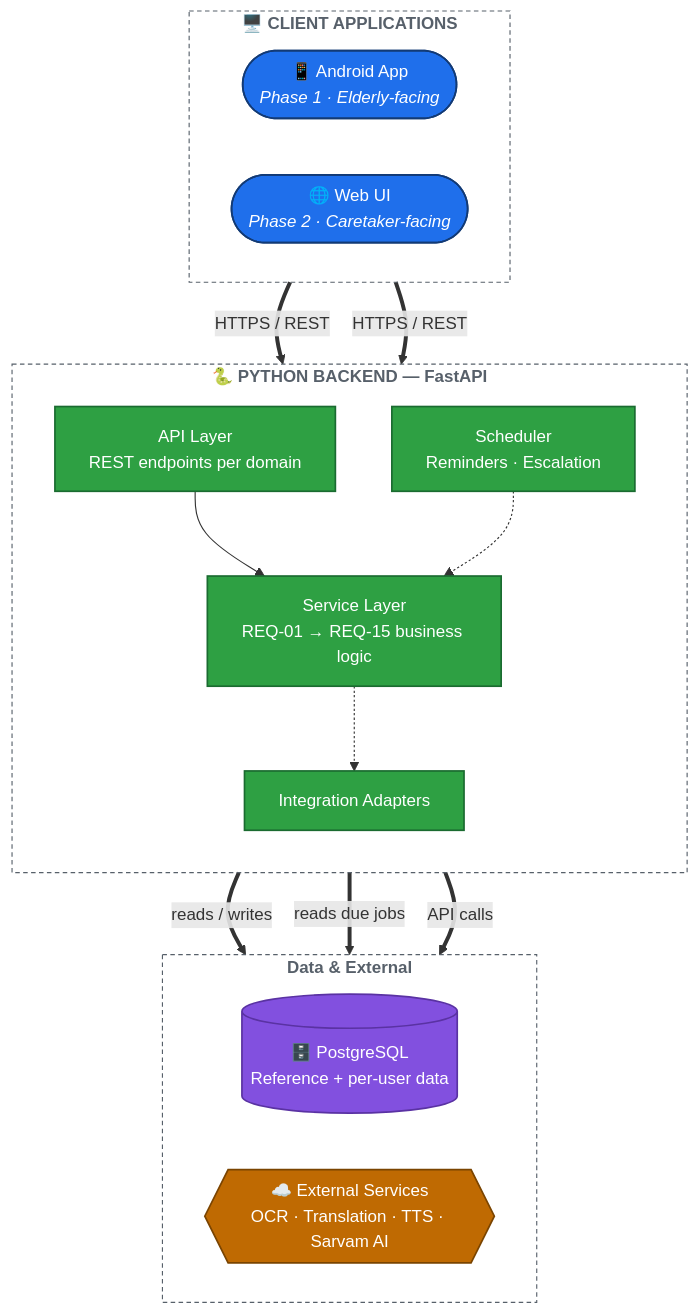
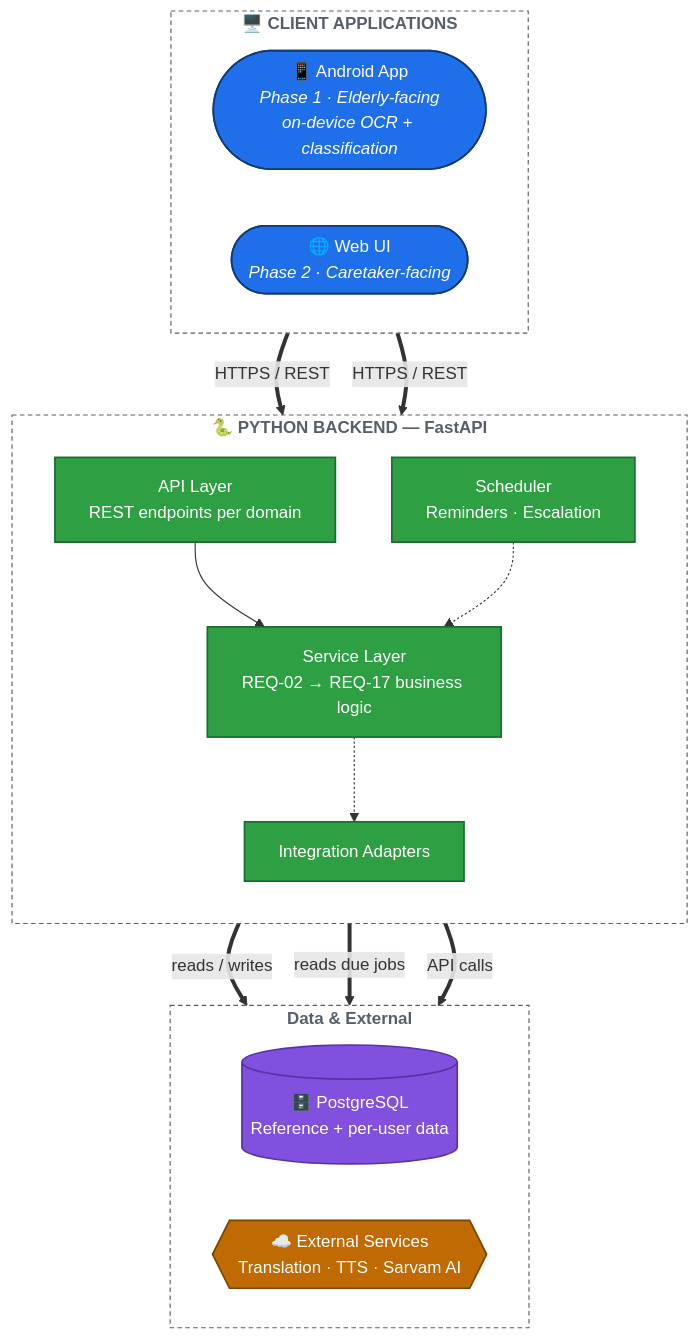
The second of 2 diagrams in Arch/ARCH-00-overview.md (bhuvi-garg/Med-Verify), drawn with Mermaid before and after one commit. The commit also changed other lines of this file and 20 other files, not shown here.

First line of the commit message:
mv: move OCR/classification to Android, add units

````diff
--- a/Arch/ARCH-00-overview.md
+++ b/Arch/ARCH-00-overview.md
@@ -104,45 +104,45 @@
 ```mermaid
 %%{init: {"flowchart": {"curve": "basis"}, "themeVariables": {"fontSize": "15px"}} }%%
 flowchart TB
     subgraph CLIENTS["🖥️ CLIENT APPLICATIONS"]
         direction LR
-        Android(["📱 Android App<br/><i>Phase 1 · Elderly-facing</i>"])
+        Android(["📱 Android App<br/><i>Phase 1 · Elderly-facing<br/>on-device OCR + classification</i>"])
         WebUI(["🌐 Web UI<br/><i>Phase 2 · Caretaker-facing</i>"])
     end
 
     subgraph BACKEND["🐍 PYTHON BACKEND — FastAPI"]
         direction TB
         API["API Layer<br/>REST endpoints per domain"]
-        SVC["Service Layer<br/>REQ-01 → REQ-15 business logic"]
+        SVC["Service Layer<br/>REQ-02 → REQ-17 business logic"]
         SCHED["Scheduler<br/>Reminders · Escalation"]
         ADAPT["Integration Adapters"]
 
         API --> SVC
         SVC -.-> ADAPT
         SCHED -.-> SVC
     end
 
     subgraph DATA["Data & External"]
         direction LR
         DB[("🗄️ PostgreSQL<br/>Reference + per-user data")]
-        EXT{{"☁️ External Services<br/>OCR · Translation · TTS · Sarvam AI"}}
+        EXT{{"☁️ External Services<br/>Translation · TTS · Sarvam AI"}}
     end
 
     Android == "HTTPS / REST" ==> API
     WebUI == "HTTPS / REST" ==> API
     SVC == "reads / writes" ==> DB
     SCHED == "reads due jobs" ==> DB
     ADAPT == "API calls" ==> EXT
 
     classDef client fill:#1f6feb,stroke:#123a75,color:#ffffff,stroke-width:1.5px;
     classDef backend fill:#2ea043,stroke:#1a6b30,color:#ffffff,stroke-width:1.5px;
     classDef data fill:#8250df,stroke:#5a32a3,color:#ffffff,stroke-width:1.5px;
     classDef external fill:#bf6a02,stroke:#7a4400,color:#ffffff,stroke-width:1.5px;
     classDef groupBox fill:transparent,stroke:#57606a,stroke-width:1px,stroke-dasharray: 4 3,color:#57606a,font-weight:bold;
 
     class Android,WebUI client;
     class API,SVC,SCHED,ADAPT backend;
     class DB data;
     class EXT external;
     class CLIENTS,BACKEND,DATA groupBox;
 ```
````
